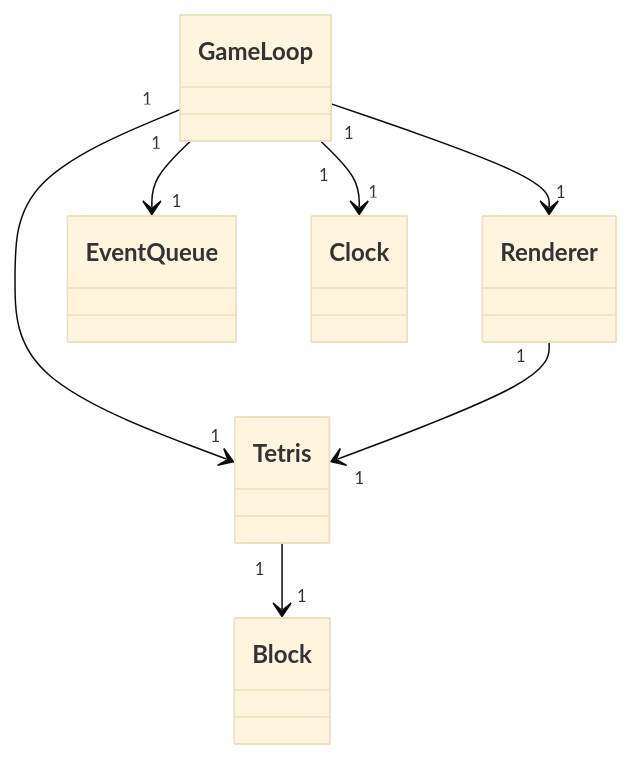
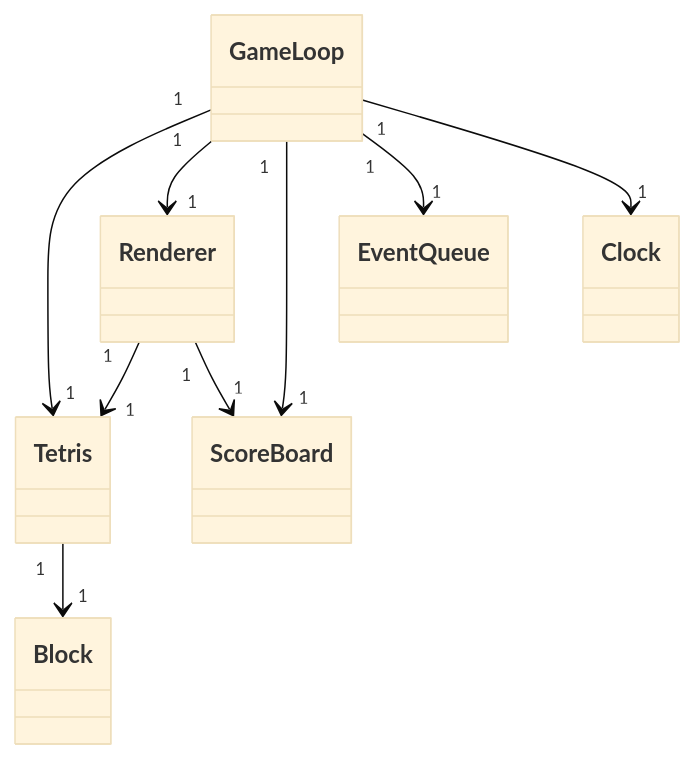
Before and after one commit to maijams/Tetris: the first of 2 diagrams in dokumentaatio/arkkitehtuuri.md, drawn with Mermaid (base theme). The commit also changed other lines of this file and 5 other files, not shown here.

````diff
--- a/dokumentaatio/arkkitehtuuri.md
+++ b/dokumentaatio/arkkitehtuuri.md
@@ -3,9 +18,11 @@
 ```mermaid
  classDiagram
     GameLoop "1" --> "1" Tetris
     GameLoop "1" --> "1" Renderer
+    GameLoop "1" --> "1" ScoreBoard
     GameLoop "1" --> "1" EventQueue
     GameLoop "1" --> "1" Clock
     Renderer "1" --> "1" Tetris
+    Renderer "1" --> "1" ScoreBoard
     Tetris "1" --> "1" Block
 ```
````
